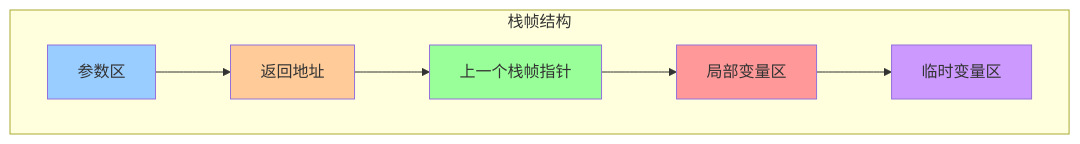
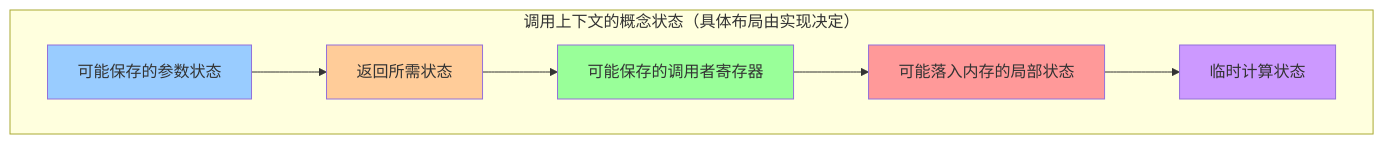
One commit to mlbo/cpp_learning changed the first of 3 diagrams in week_03/day_18/README.md. Above: the diagram before and after it, drawn with Mermaid. The commit also changed other lines of this file and 675 other files, not shown here.

````diff
--- a/week_03/day_18/README.md
+++ b/week_03/day_18/README.md
@@ -54,15 +54,15 @@
 ```mermaid
 graph TB
-    subgraph "栈帧结构"
-    A[参数区] --> B[返回地址]
-    B --> C[上一个栈帧指针]
-    C --> D[局部变量区]
-    D --> E[临时变量区]
+    subgraph "调用上下文的概念状态（具体布局由实现决定）"
+    A[可能保存的参数状态] --> B[返回所需状态]
+    B --> C[可能保存的调用者寄存器]
+    C --> D[可能落入内存的局部状态]
+    D --> E[临时计算状态]
     end
     
     style A fill:#99ccff
     style B fill:#ffcc99
     style C fill:#99ff99
     style D fill:#ff9999
     style E fill:#cc99ff
 ```
````
